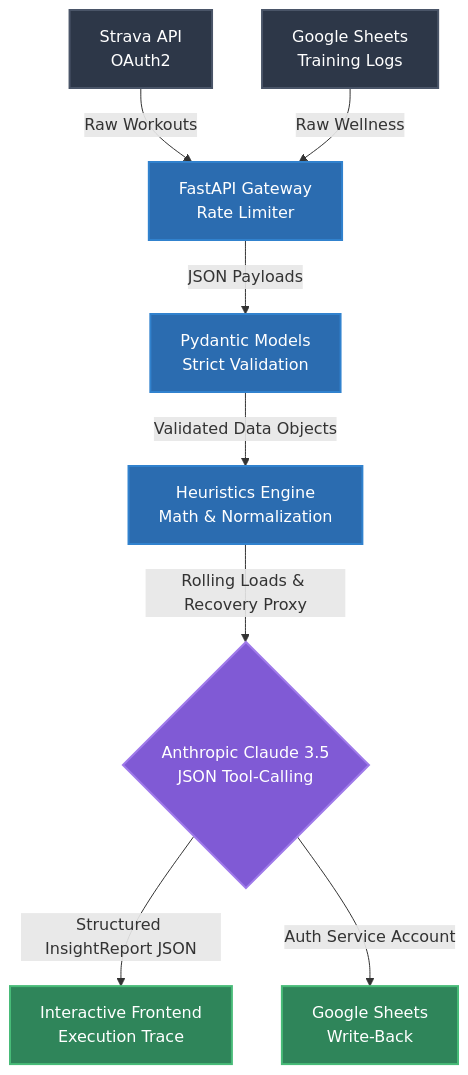
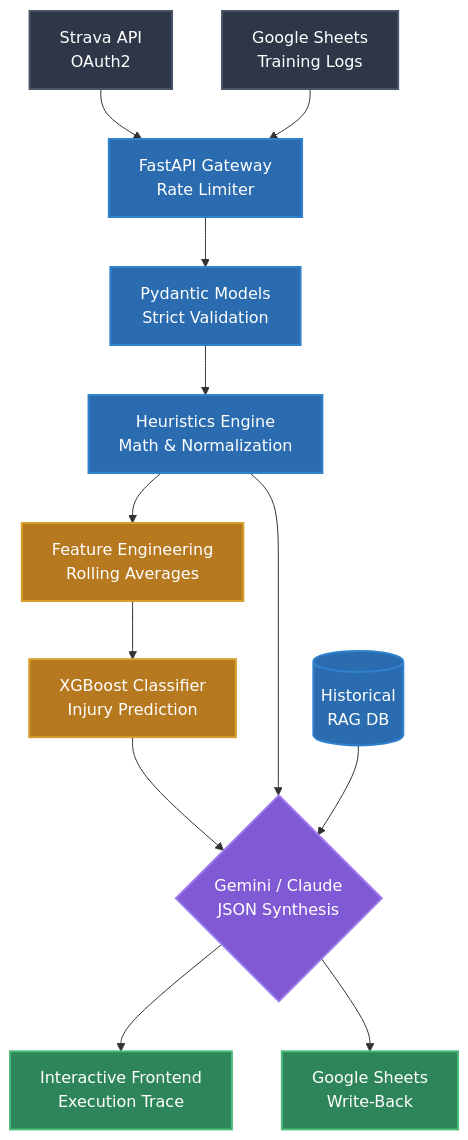
One commit to Samanyu-dev/synth changed the diagram in README.md. Above: the diagram before and after it, drawn with Mermaid. The commit also changed other lines of this file, not shown here.

Commit message:
docs: update README to reflect architectural transition to a hybrid ML/Multi LLM pipeline

````diff
--- a/README.md
+++ b/README.md
@@ -5,33 +26,42 @@
 ```mermaid
 flowchart TD
     %% Styling
     classDef source fill:#2d3748,stroke:#4a5568,stroke-width:2px,color:#fff
     classDef internal fill:#2b6cb0,stroke:#3182ce,stroke-width:2px,color:#fff
     classDef ai fill:#805ad5,stroke:#9f7aea,stroke-width:2px,color:#fff
+    classDef ml fill:#b7791f,stroke:#d69e2e,stroke-width:2px,color:#fff
     classDef output fill:#2f855a,stroke:#48bb78,stroke-width:2px,color:#fff
 
     %% Nodes
     A1[Strava API<br>OAuth2]:::source
     A2[Google Sheets<br>Training Logs]:::source
     
     B[FastAPI Gateway<br>Rate Limiter]:::internal
     C[Pydantic Models<br>Strict Validation]:::internal
     D[Heuristics Engine<br>Math & Normalization]:::internal
     
-    E{Anthropic Claude 3.5<br>JSON Tool-Calling}:::ai
+    ML1[Feature Engineering<br>Rolling Averages]:::ml
+    ML2[XGBoost Classifier<br>Injury Prediction]:::ml
+    
+    E{Gemini / Claude<br>JSON Synthesis}:::ai
+    RAG[(Historical<br>RAG DB)]:::internal
     
     F1[Interactive Frontend<br>Execution Trace]:::output
     F2[Google Sheets<br>Write-Back]:::output
 
     %% Connections
-    A1 -- "Raw Workouts" --> B
-    A2 -- "Raw Wellness" --> B
+    A1 --> B
+    A2 --> B
+    B --> C
+    C --> D
     
-    B -- "JSON Payloads" --> C
-    C -- "Validated Data Objects" --> D
+    D --> ML1
+    ML1 --> ML2
+    ML2 --> E
     
-    D -- "Rolling Loads & Recovery Proxy" --> E
+    D --> E
+    RAG --> E
     
-    E -- "Structured InsightReport JSON" --> F1
-    E -- "Auth Service Account" --> F2
+    E --> F1
+    E --> F2
 ```
````
